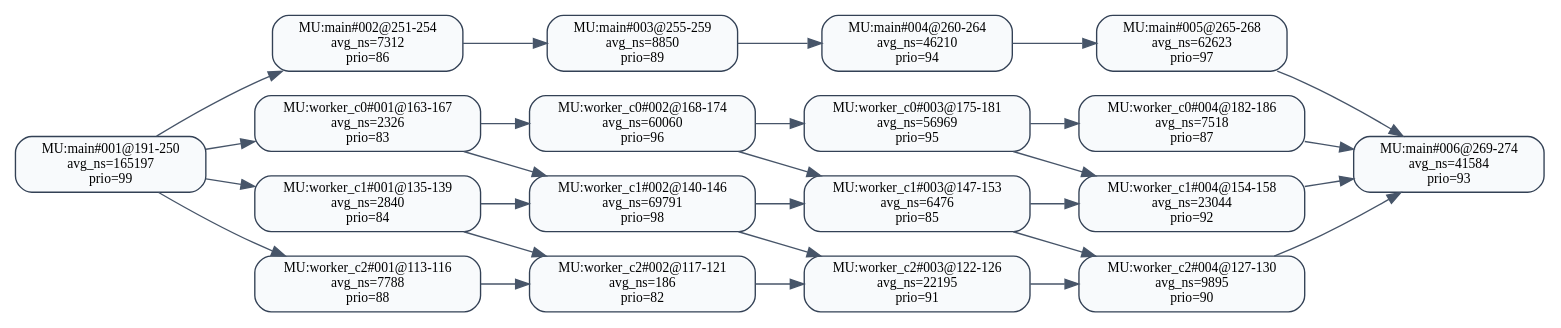
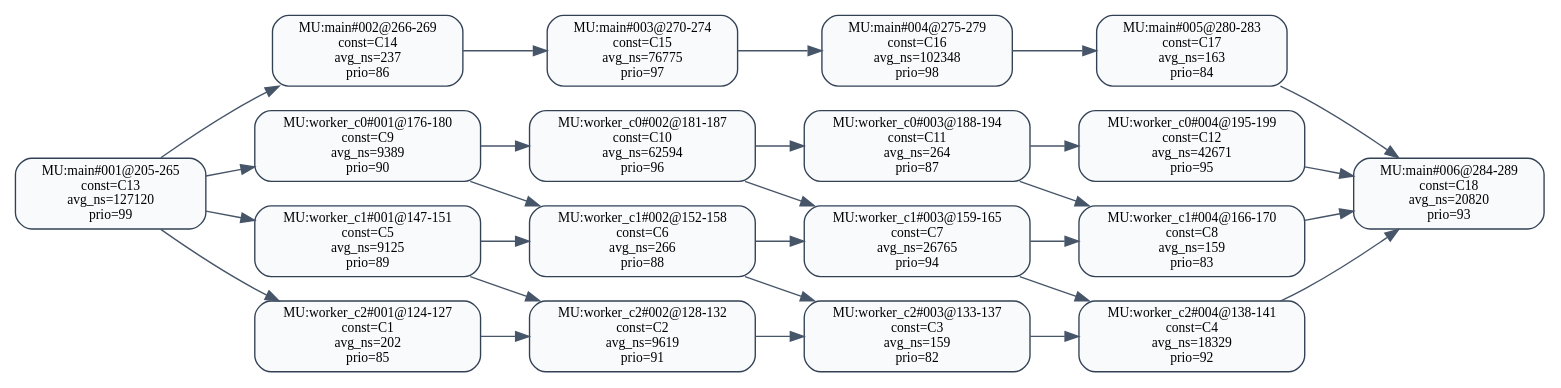
Before and after one commit to RTS-SYSU/DAG-Gen: the diagram in 中间结果/zhang3/pipeline/validation/level2/effective_line_merge/wcet_first/dag_seg_annotated.dot, drawn with Graphviz. The commit also changed 11697 other files, not shown here.

```diff
--- a/中间结果/zhang3/pipeline/validation/level2/effective_line_merge/wcet_first/dag_seg_annotated.dot
+++ b/中间结果/zhang3/pipeline/validation/level2/effective_line_merge/wcet_first/dag_seg_annotated.dot
@@ -1,49 +1,49 @@
 digraph dag_seg_annotated {
   rankdir=LR;
   node [shape=box, style="rounded,filled", fillcolor="#F8FAFC", color="#334155", fontsize=10];
   edge [color="#475569"];
-  "MU:main#001@191-250" [label="MU:main#001@191-250\navg_ns=165197\nprio=99"];
-  "MU:main#002@251-254" [label="MU:main#002@251-254\navg_ns=7312\nprio=86"];
-  "MU:main#003@255-259" [label="MU:main#003@255-259\navg_ns=8850\nprio=89"];
-  "MU:main#004@260-264" [label="MU:main#004@260-264\navg_ns=46210\nprio=94"];
-  "MU:main#005@265-268" [label="MU:main#005@265-268\navg_ns=62623\nprio=97"];
-  "MU:main#006@269-274" [label="MU:main#006@269-274\navg_ns=41584\nprio=93"];
-  "MU:worker_c0#001@163-167" [label="MU:worker_c0#001@163-167\navg_ns=2326\nprio=83"];
-  "MU:worker_c0#002@168-174" [label="MU:worker_c0#002@168-174\navg_ns=60060\nprio=96"];
-  "MU:worker_c0#003@175-181" [label="MU:worker_c0#003@175-181\navg_ns=56969\nprio=95"];
-  "MU:worker_c0#004@182-186" [label="MU:worker_c0#004@182-186\navg_ns=7518\nprio=87"];
-  "MU:worker_c1#001@135-139" [label="MU:worker_c1#001@135-139\navg_ns=2840\nprio=84"];
-  "MU:worker_c1#002@140-146" [label="MU:worker_c1#002@140-146\navg_ns=69791\nprio=98"];
-  "MU:worker_c1#003@147-153" [label="MU:worker_c1#003@147-153\navg_ns=6476\nprio=85"];
-  "MU:worker_c1#004@154-158" [label="MU:worker_c1#004@154-158\navg_ns=23044\nprio=92"];
-  "MU:worker_c2#001@113-116" [label="MU:worker_c2#001@113-116\navg_ns=7788\nprio=88"];
-  "MU:worker_c2#002@117-121" [label="MU:worker_c2#002@117-121\navg_ns=186\nprio=82"];
-  "MU:worker_c2#003@122-126" [label="MU:worker_c2#003@122-126\navg_ns=22195\nprio=91"];
-  "MU:worker_c2#004@127-130" [label="MU:worker_c2#004@127-130\navg_ns=9895\nprio=90"];
-  "MU:worker_c2#001@113-116" -> "MU:worker_c2#002@117-121";
-  "MU:worker_c2#002@117-121" -> "MU:worker_c2#003@122-126";
-  "MU:worker_c2#003@122-126" -> "MU:worker_c2#004@127-130";
-  "MU:worker_c1#001@135-139" -> "MU:worker_c1#002@140-146";
-  "MU:worker_c1#002@140-146" -> "MU:worker_c1#003@147-153";
-  "MU:worker_c1#003@147-153" -> "MU:worker_c1#004@154-158";
-  "MU:worker_c0#001@163-167" -> "MU:worker_c0#002@168-174";
-  "MU:worker_c0#002@168-174" -> "MU:worker_c0#003@175-181";
-  "MU:worker_c0#003@175-181" -> "MU:worker_c0#004@182-186";
-  "MU:main#001@191-250" -> "MU:main#002@251-254";
-  "MU:main#002@251-254" -> "MU:main#003@255-259";
-  "MU:main#003@255-259" -> "MU:main#004@260-264";
-  "MU:main#004@260-264" -> "MU:main#005@265-268";
-  "MU:main#005@265-268" -> "MU:main#006@269-274";
-  "MU:main#001@191-250" -> "MU:worker_c0#001@163-167";
-  "MU:main#001@191-250" -> "MU:worker_c1#001@135-139";
-  "MU:main#001@191-250" -> "MU:worker_c2#001@113-116";
-  "MU:worker_c0#004@182-186" -> "MU:main#006@269-274";
-  "MU:worker_c1#004@154-158" -> "MU:main#006@269-274";
-  "MU:worker_c2#004@127-130" -> "MU:main#006@269-274";
-  "MU:worker_c1#001@135-139" -> "MU:worker_c2#002@117-121";
-  "MU:worker_c1#002@140-146" -> "MU:worker_c2#003@122-126";
-  "MU:worker_c1#003@147-153" -> "MU:worker_c2#004@127-130";
-  "MU:worker_c0#001@163-167" -> "MU:worker_c1#002@140-146";
-  "MU:worker_c0#002@168-174" -> "MU:worker_c1#003@147-153";
-  "MU:worker_c0#003@175-181" -> "MU:worker_c1#004@154-158";
+  "MU:main#001@205-265" [label="MU:main#001@205-265\nconst=C13\navg_ns=127120\nprio=99"];
+  "MU:main#002@266-269" [label="MU:main#002@266-269\nconst=C14\navg_ns=237\nprio=86"];
+  "MU:main#003@270-274" [label="MU:main#003@270-274\nconst=C15\navg_ns=76775\nprio=97"];
+  "MU:main#004@275-279" [label="MU:main#004@275-279\nconst=C16\navg_ns=102348\nprio=98"];
+  "MU:main#005@280-283" [label="MU:main#005@280-283\nconst=C17\navg_ns=163\nprio=84"];
+  "MU:main#006@284-289" [label="MU:main#006@284-289\nconst=C18\navg_ns=20820\nprio=93"];
+  "MU:worker_c0#001@176-180" [label="MU:worker_c0#001@176-180\nconst=C9\navg_ns=9389\nprio=90"];
+  "MU:worker_c0#002@181-187" [label="MU:worker_c0#002@181-187\nconst=C10\navg_ns=62594\nprio=96"];
+  "MU:worker_c0#003@188-194" [label="MU:worker_c0#003@188-194\nconst=C11\navg_ns=264\nprio=87"];
+  "MU:worker_c0#004@195-199" [label="MU:worker_c0#004@195-199\nconst=C12\navg_ns=42671\nprio=95"];
+  "MU:worker_c1#001@147-151" [label="MU:worker_c1#001@147-151\nconst=C5\navg_ns=9125\nprio=89"];
+  "MU:worker_c1#002@152-158" [label="MU:worker_c1#002@152-158\nconst=C6\navg_ns=266\nprio=88"];
+  "MU:worker_c1#003@159-165" [label="MU:worker_c1#003@159-165\nconst=C7\navg_ns=26765\nprio=94"];
+  "MU:worker_c1#004@166-170" [label="MU:worker_c1#004@166-170\nconst=C8\navg_ns=159\nprio=83"];
+  "MU:worker_c2#001@124-127" [label="MU:worker_c2#001@124-127\nconst=C1\navg_ns=202\nprio=85"];
+  "MU:worker_c2#002@128-132" [label="MU:worker_c2#002@128-132\nconst=C2\navg_ns=9619\nprio=91"];
+  "MU:worker_c2#003@133-137" [label="MU:worker_c2#003@133-137\nconst=C3\navg_ns=159\nprio=82"];
+  "MU:worker_c2#004@138-141" [label="MU:worker_c2#004@138-141\nconst=C4\navg_ns=18329\nprio=92"];
+  "MU:worker_c2#001@124-127" -> "MU:worker_c2#002@128-132";
+  "MU:worker_c2#002@128-132" -> "MU:worker_c2#003@133-137";
+  "MU:worker_c2#003@133-137" -> "MU:worker_c2#004@138-141";
+  "MU:worker_c1#001@147-151" -> "MU:worker_c1#002@152-158";
+  "MU:worker_c1#002@152-158" -> "MU:worker_c1#003@159-165";
+  "MU:worker_c1#003@159-165" -> "MU:worker_c1#004@166-170";
+  "MU:worker_c0#001@176-180" -> "MU:worker_c0#002@181-187";
+  "MU:worker_c0#002@181-187" -> "MU:worker_c0#003@188-194";
+  "MU:worker_c0#003@188-194" -> "MU:worker_c0#004@195-199";
+  "MU:main#001@205-265" -> "MU:main#002@266-269";
+  "MU:main#002@266-269" -> "MU:main#003@270-274";
+  "MU:main#003@270-274" -> "MU:main#004@275-279";
+  "MU:main#004@275-279" -> "MU:main#005@280-283";
+  "MU:main#005@280-283" -> "MU:main#006@284-289";
+  "MU:main#001@205-265" -> "MU:worker_c0#001@176-180";
+  "MU:main#001@205-265" -> "MU:worker_c1#001@147-151";
+  "MU:main#001@205-265" -> "MU:worker_c2#001@124-127";
+  "MU:worker_c0#004@195-199" -> "MU:main#006@284-289";
+  "MU:worker_c1#004@166-170" -> "MU:main#006@284-289";
+  "MU:worker_c2#004@138-141" -> "MU:main#006@284-289";
+  "MU:worker_c1#001@147-151" -> "MU:worker_c2#002@128-132";
+  "MU:worker_c1#002@152-158" -> "MU:worker_c2#003@133-137";
+  "MU:worker_c1#003@159-165" -> "MU:worker_c2#004@138-141";
+  "MU:worker_c0#001@176-180" -> "MU:worker_c1#002@152-158";
+  "MU:worker_c0#002@181-187" -> "MU:worker_c1#003@159-165";
+  "MU:worker_c0#003@188-194" -> "MU:worker_c1#004@166-170";
 }
```
